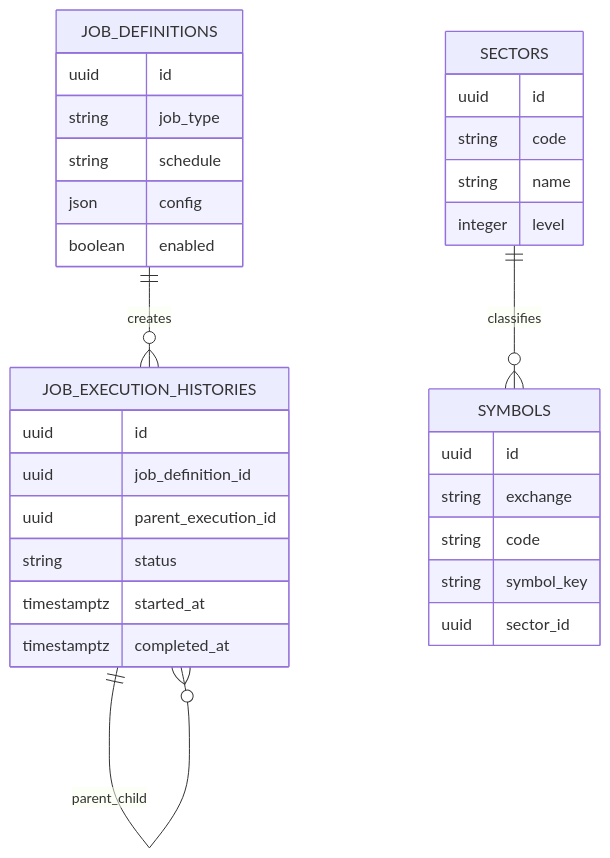
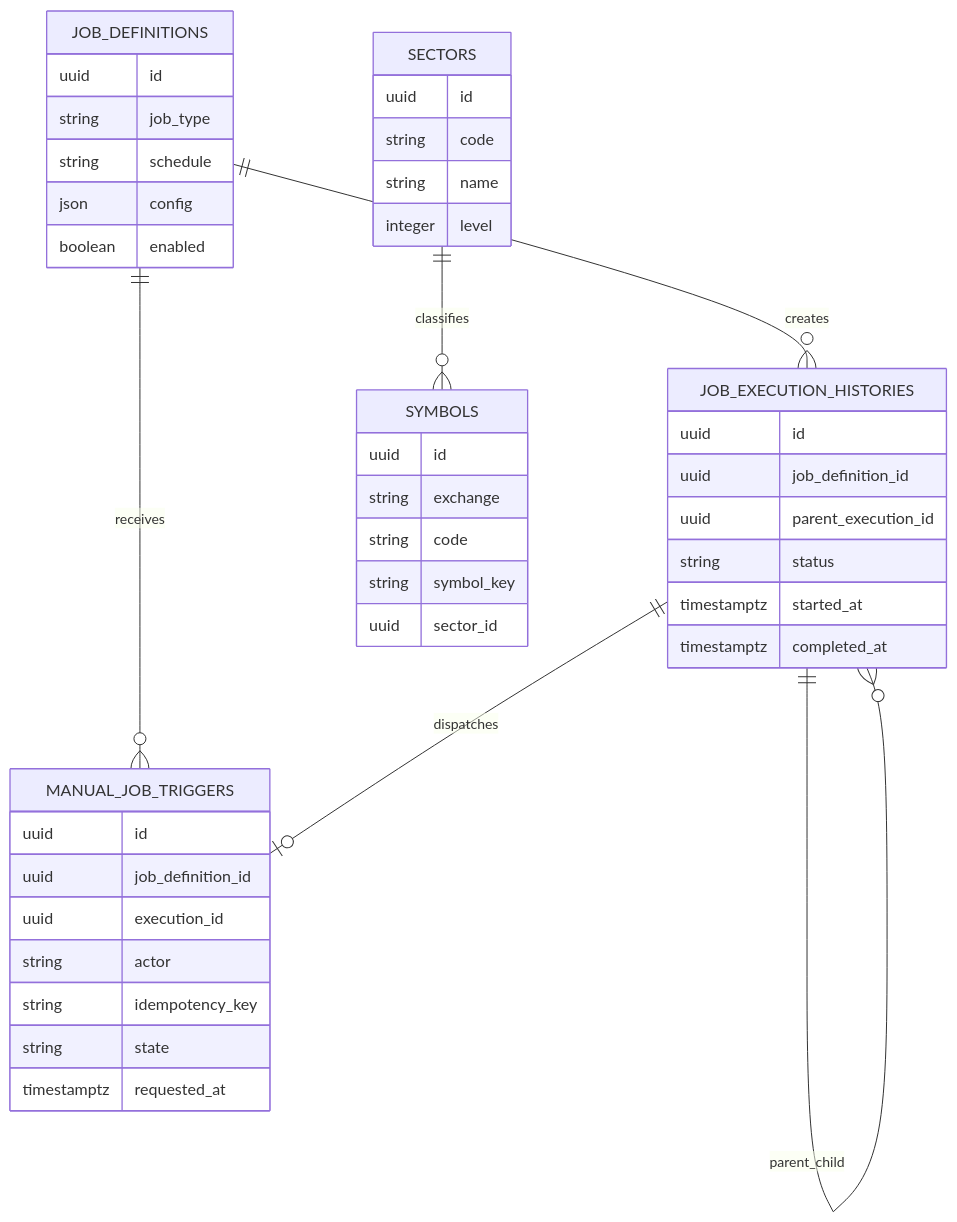
The diagram in docs/data/database.md (tanlocit9/omni), drawn with Mermaid before and after one commit. The commit also changed other lines of this file and 53 other files, not shown here.

````diff
--- a/docs/data/database.md
+++ b/docs/data/database.md
@@ -9,38 +9,50 @@
 ```mermaid
 erDiagram
   JOB_DEFINITIONS ||--o{ JOB_EXECUTION_HISTORIES : creates
+  JOB_DEFINITIONS ||--o{ MANUAL_JOB_TRIGGERS : receives
+  JOB_EXECUTION_HISTORIES ||--o| MANUAL_JOB_TRIGGERS : dispatches
   JOB_EXECUTION_HISTORIES ||--o{ JOB_EXECUTION_HISTORIES : parent_child
   SECTORS ||--o{ SYMBOLS : classifies
 
   JOB_DEFINITIONS {
     uuid id
     string job_type
     string schedule
     json config
     boolean enabled
   }
 
   JOB_EXECUTION_HISTORIES {
     uuid id
     uuid job_definition_id
     uuid parent_execution_id
     string status
     timestamptz started_at
     timestamptz completed_at
   }
 
+  MANUAL_JOB_TRIGGERS {
+    uuid id
+    uuid job_definition_id
+    uuid execution_id
+    string actor
+    string idempotency_key
+    string state
+    timestamptz requested_at
+  }
+
   SYMBOLS {
     uuid id
     string exchange
     string code
     string symbol_key
     uuid sector_id
   }
 
   SECTORS {
     uuid id
     string code
     string name
     integer level
   }
 ```
````
